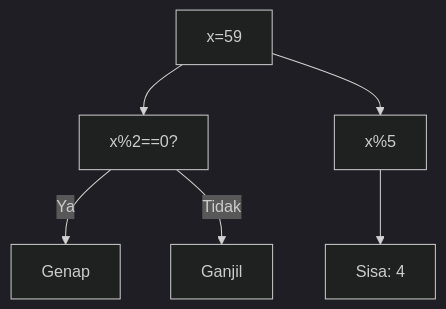
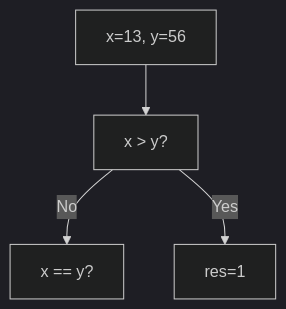
Diagram 18 of 25 in part-c-pemahaman-cpp/02-percabangan/latihan/set-07.md (amnahwaida/OSNK_INF_PREP), drawn with Mermaid (dark theme) before and after one commit. The commit also changed other lines of this file and 71 other files, not shown here.

````diff
--- a/part-c-pemahaman-cpp/02-percabangan/latihan/set-07.md
+++ b/part-c-pemahaman-cpp/02-percabangan/latihan/set-07.md
@@ -560,8 +502,6 @@
 ```mermaid
 graph TD
-A["x=59"] --> B["x%2==0?"]
-B -- Ya --> C["Genap"]
-B -- Tidak --> D["Ganjil"]
-A --> E["x%5"]
-E --> F["Sisa: 4"]
+A["x=13, y=56"] --> B["x > y?"]
+B -- No --> C["x == y?"]
+B -- Yes --> D[res=1]
 ```
````
